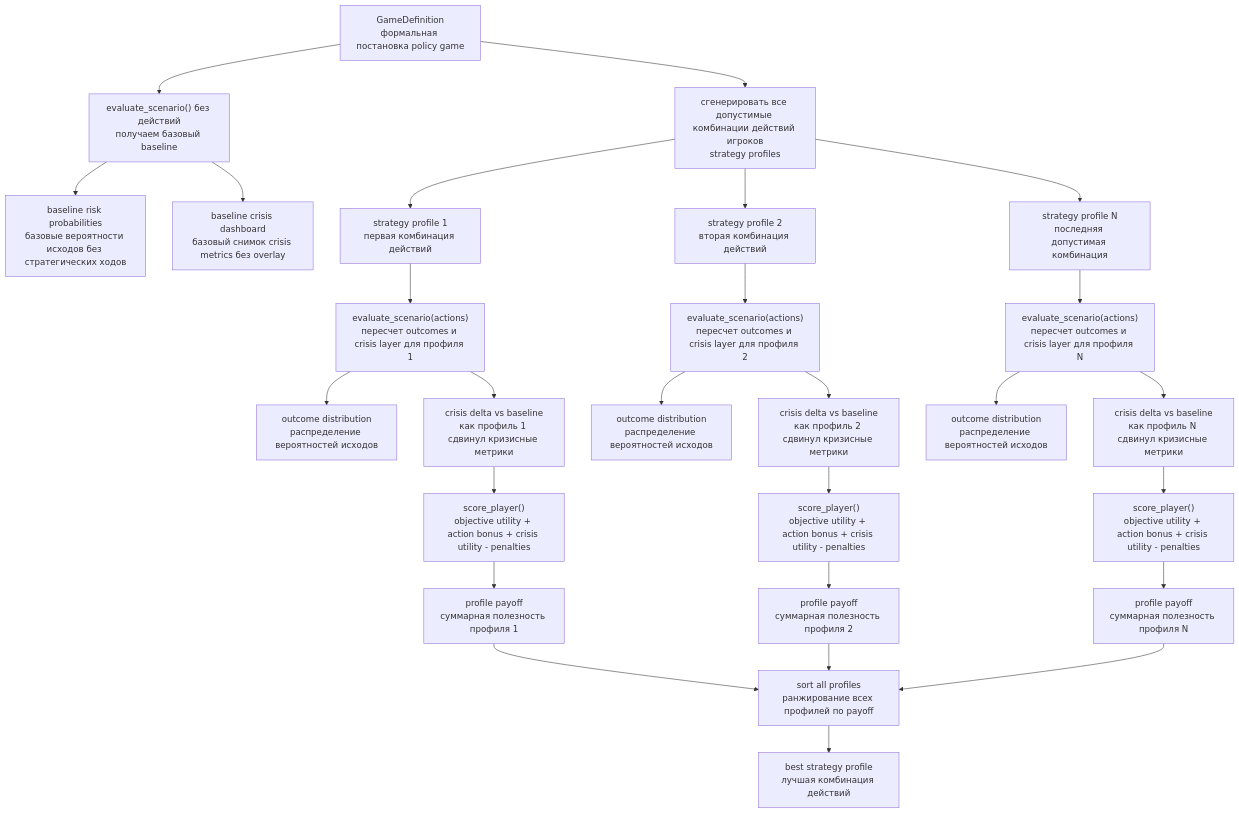
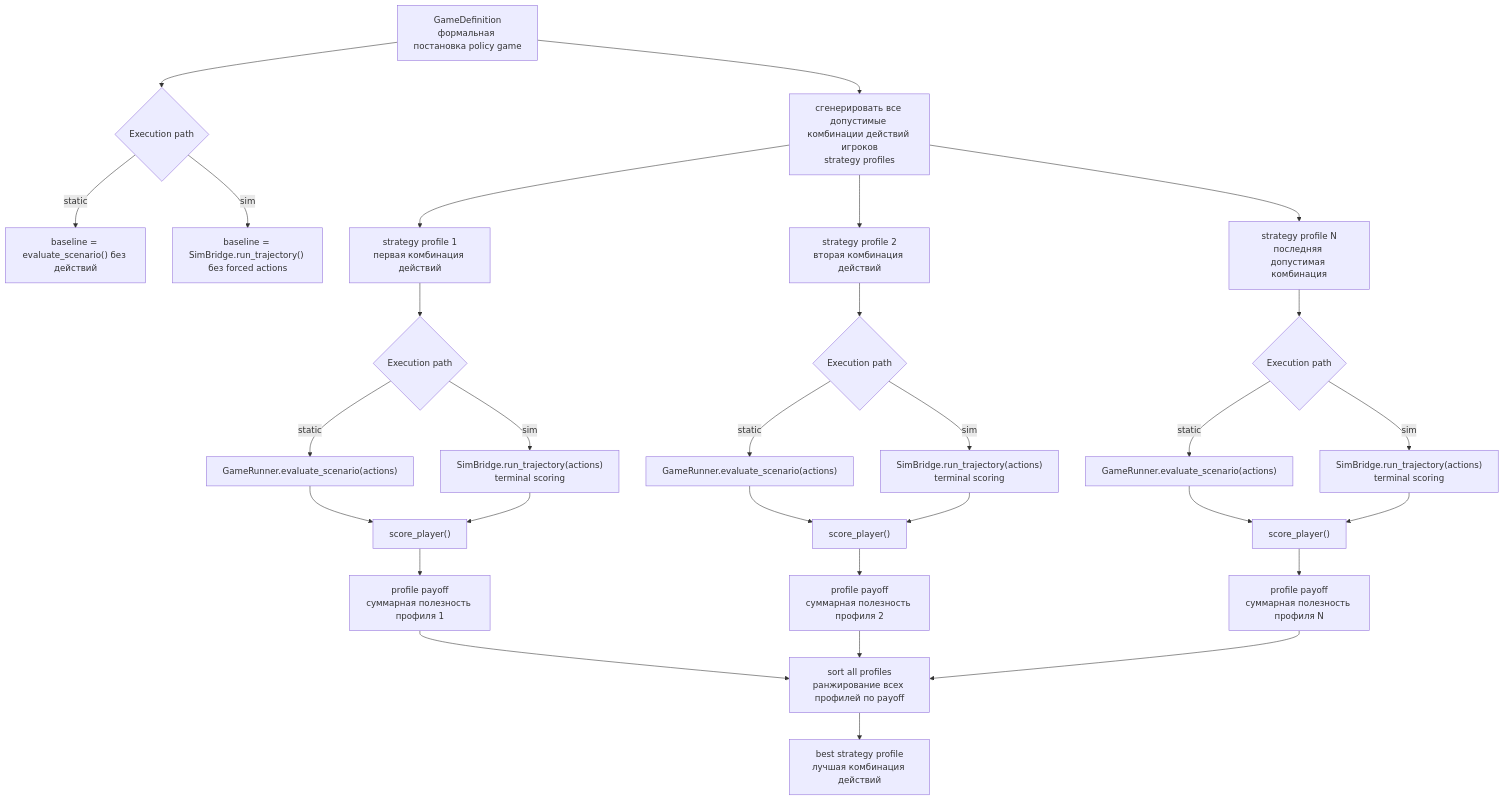
Before and after one commit to Theclimateguy/GIM: the fourth of 4 diagrams in GIM13_simulation_flow.md, drawn with Mermaid. The commit also changed other lines of this file and 16 other files, not shown here.

Commit message:
Integrate GIM13 sim bridge and sync docs

````diff
--- a/GIM13_simulation_flow.md
+++ b/GIM13_simulation_flow.md
@@ -125,36 +124,38 @@
 ```mermaid
 flowchart TD
-    A["GameDefinition<br/>формальная постановка policy game"] --> B["evaluate_scenario() без действий<br/>получаем базовый baseline"]
-    B --> C["baseline risk probabilities<br/>базовые вероятности исходов без стратегических ходов"]
-    B --> D["baseline crisis dashboard<br/>базовый снимок crisis metrics без overlay"]
+    A["GameDefinition<br/>формальная постановка policy game"] --> B{"Execution path"}
+    B -->|static| C["baseline = evaluate_scenario() без действий"]
+    B -->|sim| D["baseline = SimBridge.run_trajectory() без forced actions"]
 
     A --> E["сгенерировать все допустимые комбинации действий игроков<br/>strategy profiles"]
     E --> F["strategy profile 1<br/>первая комбинация действий"]
     E --> G["strategy profile 2<br/>вторая комбинация действий"]
     E --> H["strategy profile N<br/>последняя допустимая комбинация"]
 
-    F --> I["evaluate_scenario(actions)<br/>пересчет outcomes и crisis layer для профиля 1"]
-    G --> J["evaluate_scenario(actions)<br/>пересчет outcomes и crisis layer для профиля 2"]
-    H --> K["evaluate_scenario(actions)<br/>пересчет outcomes и crisis layer для профиля N"]
+    F --> I{"Execution path"}
+    G --> J{"Execution path"}
+    H --> K{"Execution path"}
 
-    I --> L["outcome distribution<br/>распределение вероятностей исходов"]
-    J --> M["outcome distribution<br/>распределение вероятностей исходов"]
-    K --> N["outcome distribution<br/>распределение вероятностей исходов"]
+    I -->|static| L["GameRunner.evaluate_scenario(actions)"]
+    I -->|sim| M["SimBridge.run_trajectory(actions)<br/>terminal scoring"]
+    J -->|static| N["GameRunner.evaluate_scenario(actions)"]
+    J -->|sim| O["SimBridge.run_trajectory(actions)<br/>terminal scoring"]
+    K -->|static| P["GameRunner.evaluate_scenario(actions)"]
+    K -->|sim| Q["SimBridge.run_trajectory(actions)<br/>terminal scoring"]
 
-    I --> O["crisis delta vs baseline<br/>как профиль 1 сдвинул кризисные метрики"]
-    J --> P["crisis delta vs baseline<br/>как профиль 2 сдвинул кризисные метрики"]
-    K --> Q["crisis delta vs baseline<br/>как профиль N сдвинул кризисные метрики"]
-
-    O --> R["score_player()<br/>objective utility + action bonus + crisis utility - penalties"]
-    P --> S["score_player()<br/>objective utility + action bonus + crisis utility - penalties"]
-    Q --> T["score_player()<br/>objective utility + action bonus + crisis utility - penalties"]
+    L --> R["score_player()"]
+    M --> R
+    N --> S["score_player()"]
+    O --> S
+    P --> T["score_player()"]
+    Q --> T
 
     R --> U["profile payoff<br/>суммарная полезность профиля 1"]
     S --> V["profile payoff<br/>суммарная полезность профиля 2"]
     T --> W["profile payoff<br/>суммарная полезность профиля N"]
 
     U --> X["sort all profiles<br/>ранжирование всех профилей по payoff"]
     V --> X
     W --> X
     X --> Y["best strategy profile<br/>лучшая комбинация действий"]
 ```
````
